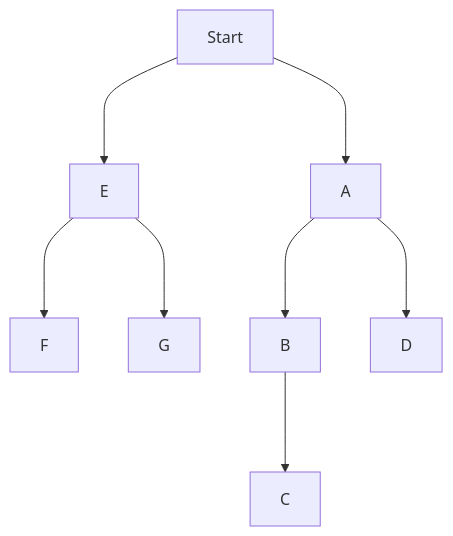
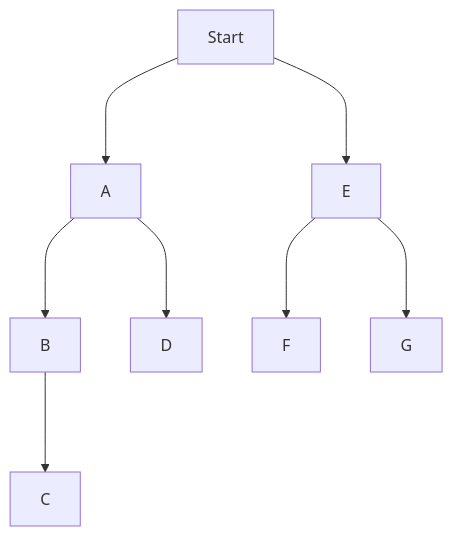
The diagram in dfs_and_bfs.md (GaoLAQ/Code_test), drawn with Mermaid before and after one commit.

````diff
--- a/dfs_and_bfs.md
+++ b/dfs_and_bfs.md
@@ -37,10 +37,11 @@
 ```mermaid
     graph TD; 
       Start--->A
+      A--->B
+      B--->C
+      A--->D
       Start--->E
       E---> F
       E--->G
-      A--->B
-      B--->C
-      A--->D
+
 ```
````
